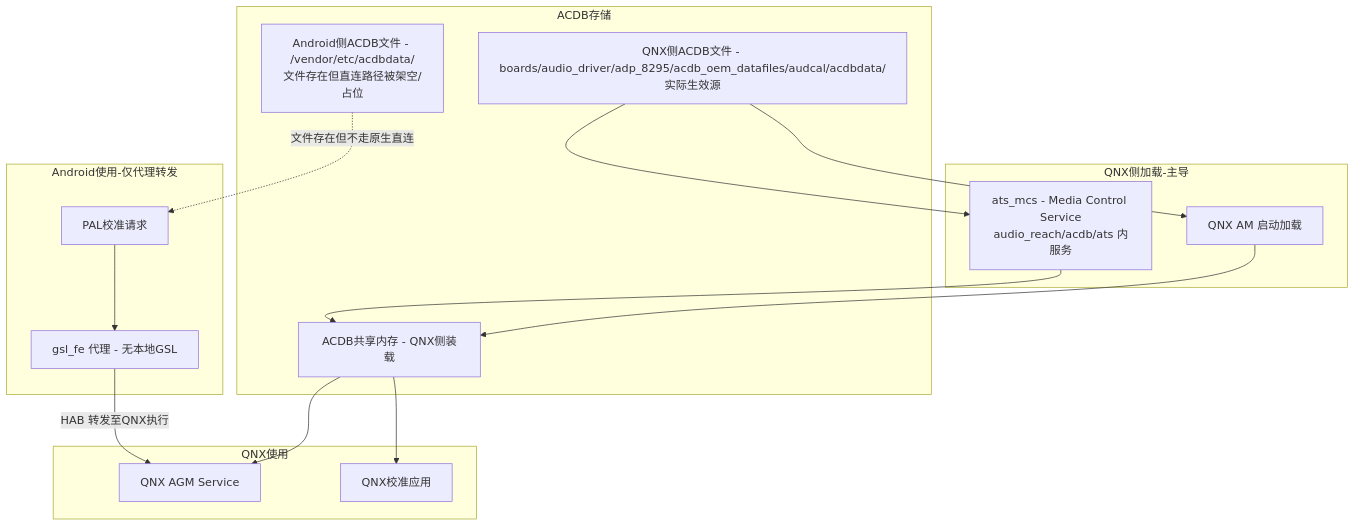
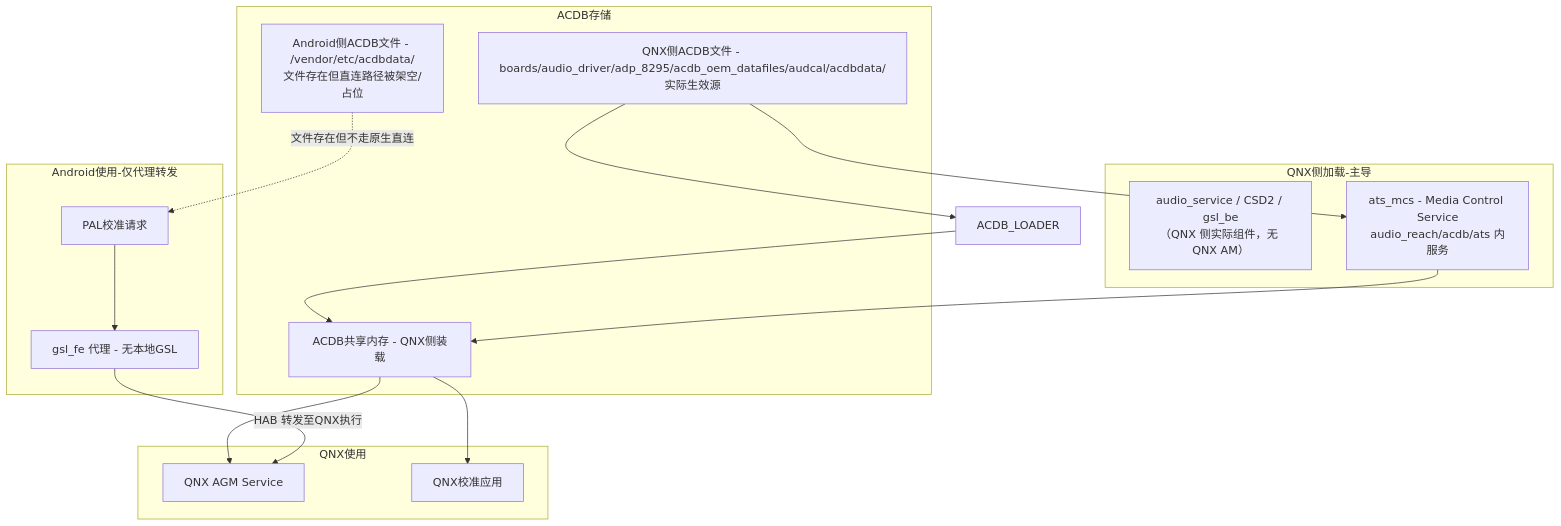
One commit to yanglinzhen1022/SA8295_AAOS_QNX_Audio_KnowledgeBase changed the fourth of 5 diagrams in 16_Vendor_QNX_Architecture/16_16.1_概述.md. Above: the diagram before and after it, drawn with Mermaid. The commit also changed other lines of this file and 1 other file, not shown here.

````diff
--- a/16_Vendor_QNX_Architecture/16_16.1_概述.md
+++ b/16_Vendor_QNX_Architecture/16_16.1_概述.md
@@ -368,34 +368,34 @@
 ```mermaid
 graph TB
     subgraph ACDB_Storage[ACDB存储]
         ACDB_QNX[QNX侧ACDB文件 - boards/audio_driver/adp_8295/acdb_oem_datafiles/audcal/acdbdata/<br/>实际生效源]
         ACDB_AND[Android侧ACDB文件 - /vendor/etc/acdbdata/<br/>文件存在但直连路径被架空/占位]
         ACDB_SHM[ACDB共享内存 - QNX侧装载]
     end
 
     subgraph QNX_Loading[QNX侧加载-主导]
-        ACDB_LOADER[QNX AM 启动加载]
+        ACDB_SVC[audio_service / CSD2 / gsl_be<br>（QNX 侧实际组件，无 QNX AM）]
         ACDB_MCS[ats_mcs - Media Control Service<br>audio_reach/acdb/ats 内服务]
     end
 
     subgraph QNX_Usage[QNX使用]
         QNX_AGM[QNX AGM Service]
         QNX_CAL[QNX校准应用]
     end
 
     subgraph Android_Usage[Android使用-仅代理转发]
         PAL_CAL[PAL校准请求]
         GSL_FE_CAL[gsl_fe 代理 - 无本地GSL]
     end
 
     ACDB_QNX --> ACDB_LOADER
     ACDB_QNX --> ACDB_MCS
     ACDB_LOADER --> ACDB_SHM
     ACDB_MCS --> ACDB_SHM
 
     ACDB_SHM --> QNX_AGM
     ACDB_SHM --> QNX_CAL
     ACDB_AND -.文件存在但不走原生直连.-> PAL_CAL
     PAL_CAL --> GSL_FE_CAL
     GSL_FE_CAL -->|HAB 转发至QNX执行| QNX_AGM
 ```
````
